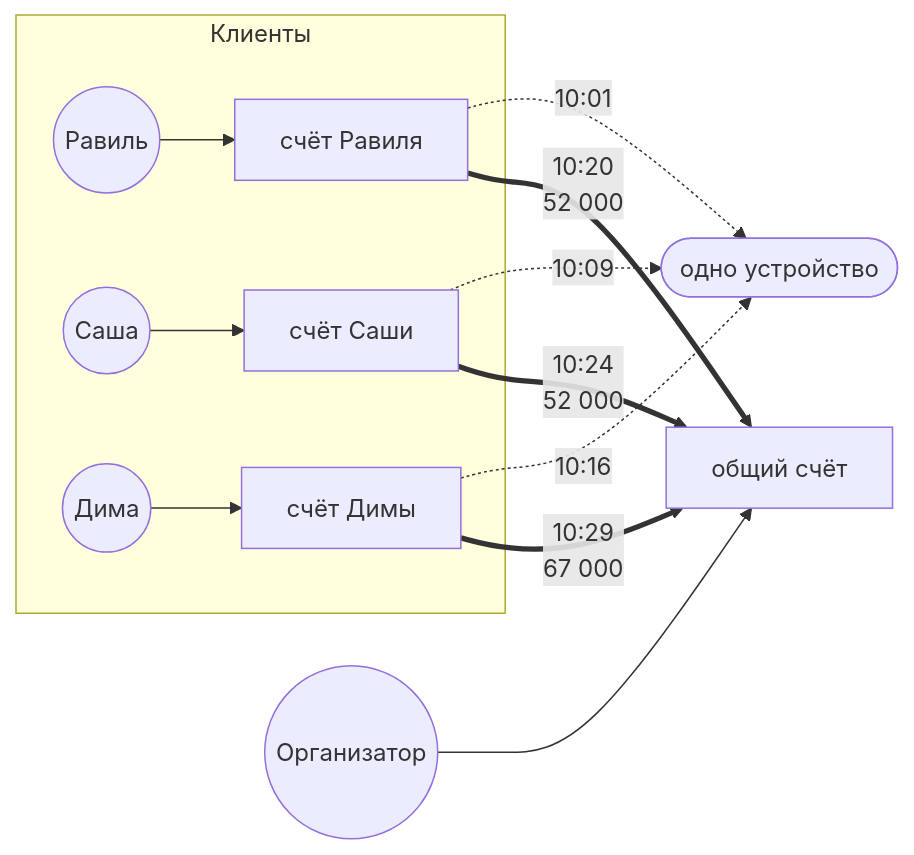
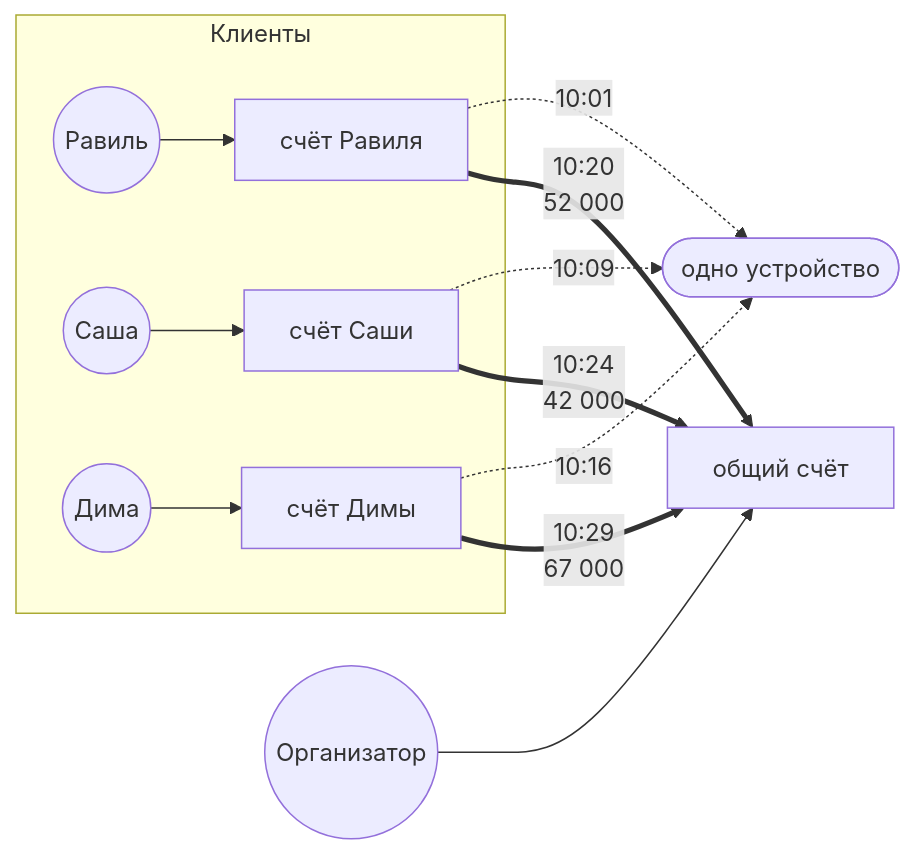
The second of 9 diagrams in docs/schemes-simple.md (feytox/shugraph), drawn with Mermaid before and after one commit. The commit also changed 1 other file, not shown here.

Commit message:
[GSD-11] docs: describe input events for scenarios

````diff
--- a/docs/schemes-simple.md
+++ b/docs/schemes-simple.md
@@ -21,15 +21,15 @@
 ```mermaid
 flowchart LR
     subgraph Клиенты
         C1((Равиль)) --> A1[счёт Равиля]
         C2((Саша)) --> A2[счёт Саши]
         C3((Дима)) --> A3[счёт Димы]
     end
     CS((Организатор)) --> S[общий счёт]
     A1 -. 10:01 .-> D([одно устройство])
     A2 -. 10:09 .-> D
     A3 -. 10:16 .-> D
     A1 ==>|10:20<br/>52 000| S
-    A2 ==>|10:24<br/>52 000| S
+    A2 ==>|10:24<br/>42 000| S
     A3 ==>|10:29<br/>67 000| S
 ```
````
